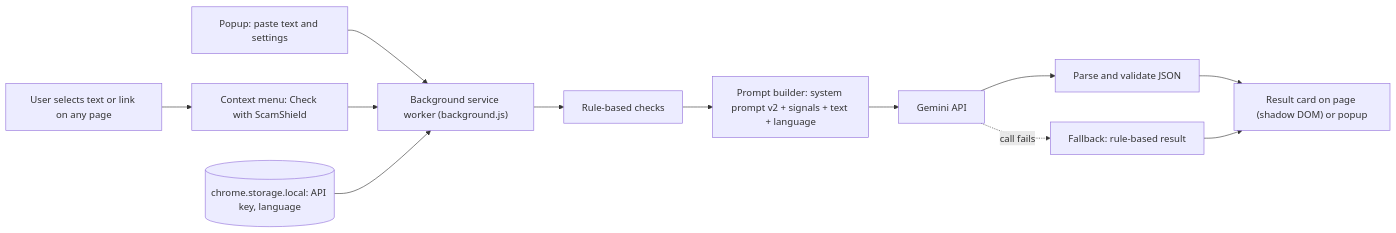
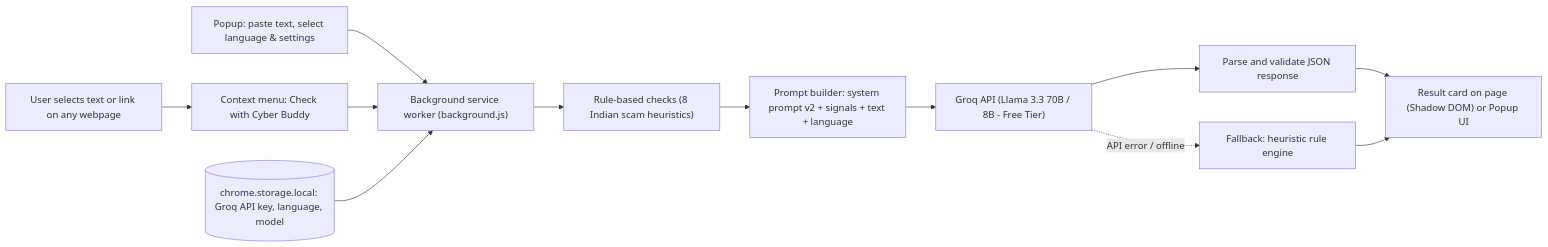
The diagram in PHASES.md (chandan-k9399/day-4), drawn with Mermaid before and after one commit. The commit also changed other lines of this file and 9 other files, not shown here.

````diff
--- a/PHASES.md
+++ b/PHASES.md
@@ -43,14 +43,14 @@
 ```mermaid
 flowchart LR
-  U["User selects text or link on any page"] --> CM["Context menu: Check with ScamShield"]
-  PP["Popup: paste text and settings"] --> BG
+  U["User selects text or link on any webpage"] --> CM["Context menu: Check with Cyber Buddy"]
+  PP["Popup: paste text, select language & settings"] --> BG
   CM --> BG["Background service worker (background.js)"]
-  ST[("chrome.storage.local: API key, language")] --> BG
-  BG --> RC["Rule-based checks"]
+  ST[("chrome.storage.local: Groq API key, language, model")] --> BG
+  BG --> RC["Rule-based checks (8 Indian scam heuristics)"]
   RC --> PB["Prompt builder: system prompt v2 + signals + text + language"]
-  PB --> G["Gemini API"]
-  G --> PJ["Parse and validate JSON"]
-  G -. "call fails" .-> FB["Fallback: rule-based result"]
-  PJ --> UI["Result card on page (shadow DOM) or popup"]
+  PB --> G["Groq API (Llama 3.3 70B / 8B - Free Tier)"]
+  G --> PJ["Parse and validate JSON response"]
+  G -. "API error / offline" .-> FB["Fallback: heuristic rule engine"]
+  PJ --> UI["Result card on page (Shadow DOM) or Popup UI"]
   FB --> UI
 ```
````
